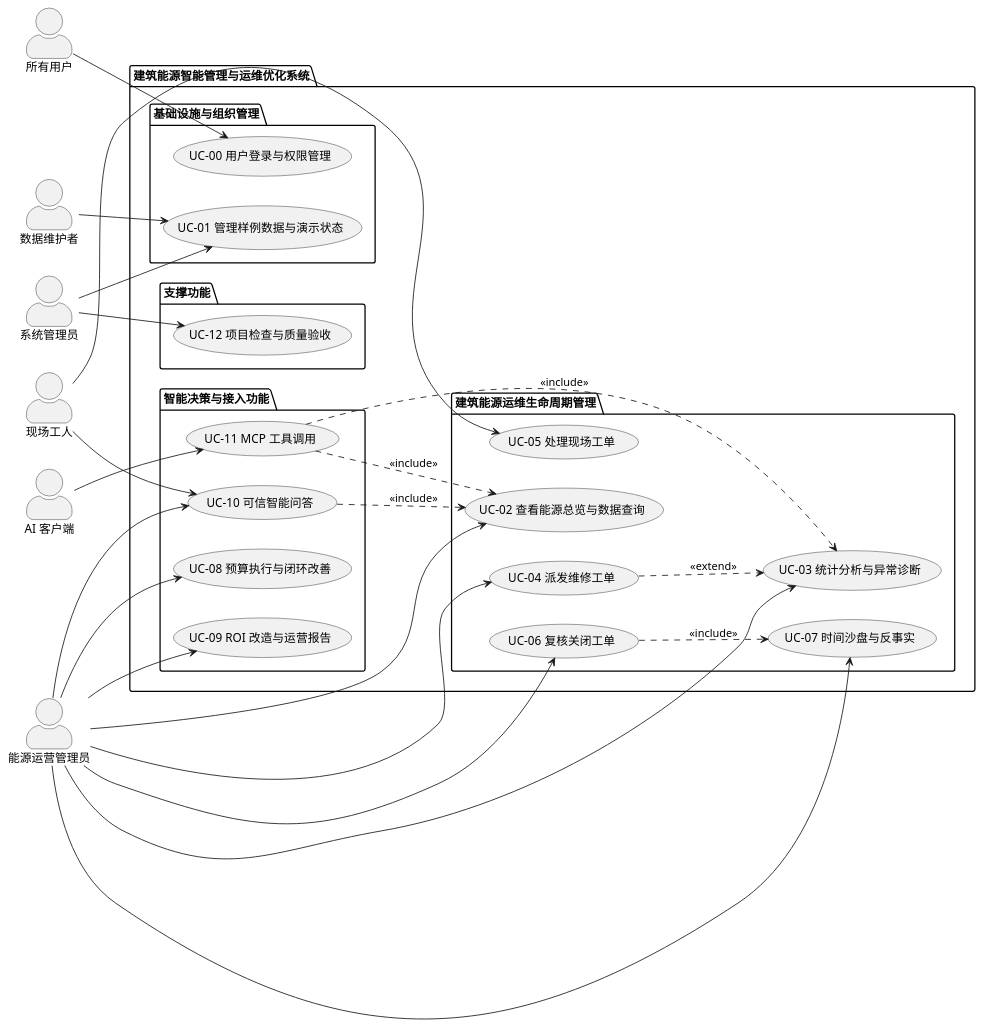
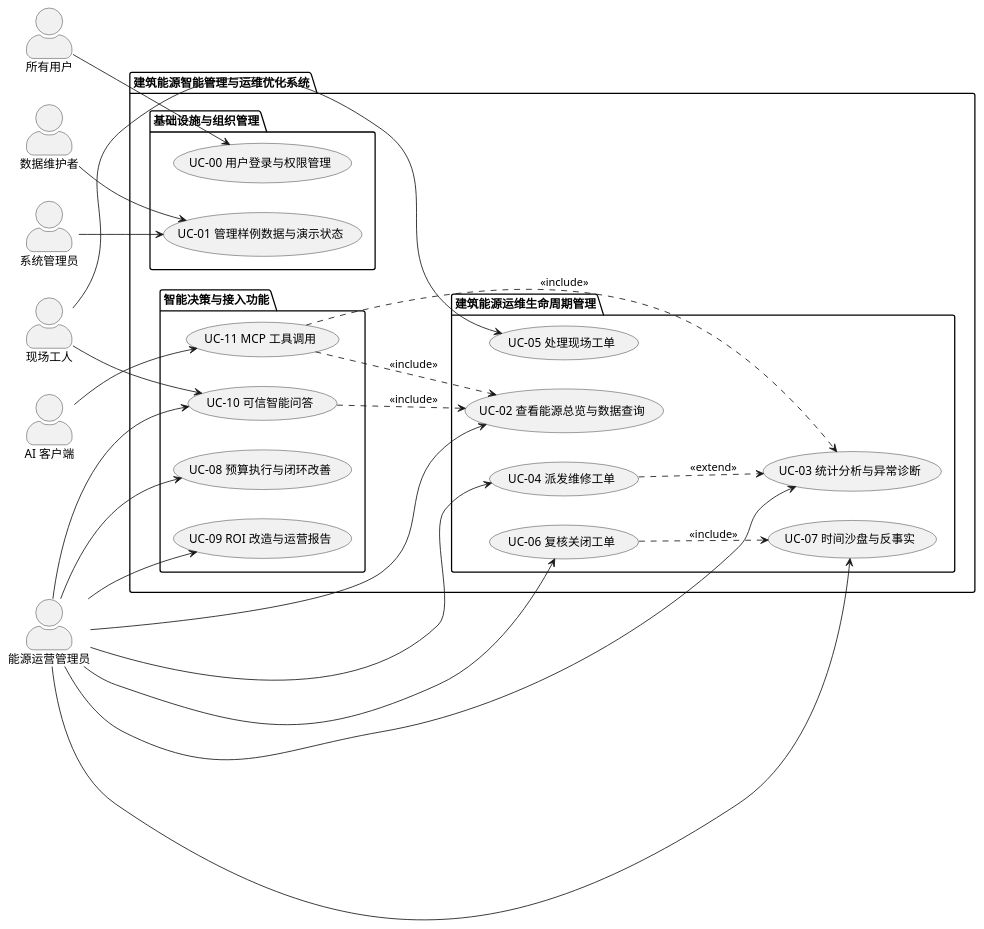
One commit to ScottBlizzard/building-energy-intelligence-platform changed the diagram in final_docs/图象重绘/源代码/SRS-4.0-系统用例图.md. Above: the diagram before and after it, drawn with PlantUML. The commit also changed 205 other files, not shown here.

```diff
--- a/final_docs/图象重绘/源代码/SRS-4.0-系统用例图.md
+++ b/final_docs/图象重绘/源代码/SRS-4.0-系统用例图.md
@@ -1,63 +1,58 @@
 @startuml
 left to right direction
 skinparam actorStyle awesome
 
 actor "系统管理员" as SysAdmin
 actor "能源运营管理员" as EnergyAdmin
 actor "现场工人" as Worker
 actor "数据维护者" as DataMaintainer
 actor "AI 客户端" as Agent
 actor "所有用户" as AllUsers
 
 package "建筑能源智能管理与运维优化系统" {
   
   package "基础设施与组织管理" {
     usecase "UC-00 用户登录与权限管理" as UC00
     usecase "UC-01 管理样例数据与演示状态" as UC01
   }
   
   package "建筑能源运维生命周期管理" {
     usecase "UC-02 查看能源总览与数据查询" as UC02
     usecase "UC-03 统计分析与异常诊断" as UC03
     usecase "UC-04 派发维修工单" as UC04
     usecase "UC-05 处理现场工单" as UC05
     usecase "UC-06 复核关闭工单" as UC06
     usecase "UC-07 时间沙盘与反事实" as UC07
   }
   
   package "智能决策与接入功能" {
     usecase "UC-08 预算执行与闭环改善" as UC08
     usecase "UC-09 ROI 改造与运营报告" as UC09
     usecase "UC-10 可信智能问答" as UC10
     usecase "UC-11 MCP 工具调用" as UC11
   }
   
-  package "支撑功能" {
-    usecase "UC-12 项目检查与质量验收" as UC12
-  }
-  
 }
 
 AllUsers --> UC00
 SysAdmin --> UC01
-SysAdmin --> UC12
 DataMaintainer --> UC01
 EnergyAdmin --> UC02
 EnergyAdmin --> UC03
 EnergyAdmin --> UC04
 EnergyAdmin --> UC06
 EnergyAdmin --> UC07
 EnergyAdmin --> UC08
 EnergyAdmin --> UC09
 EnergyAdmin --> UC10
 Worker --> UC05
 Worker --> UC10
 Agent --> UC11
 
 
 UC04 ..> UC03 : <<extend>>
 UC06 ..> UC07 : <<include>>
 UC10 ..> UC02 : <<include>>
 UC11 ..> UC02 : <<include>>
 UC11 ..> UC03 : <<include>>
 @enduml
```
